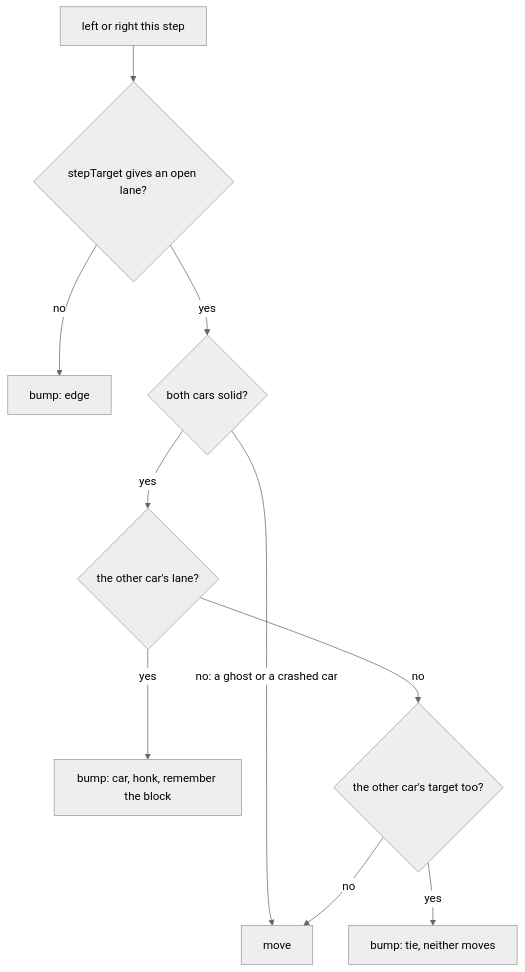
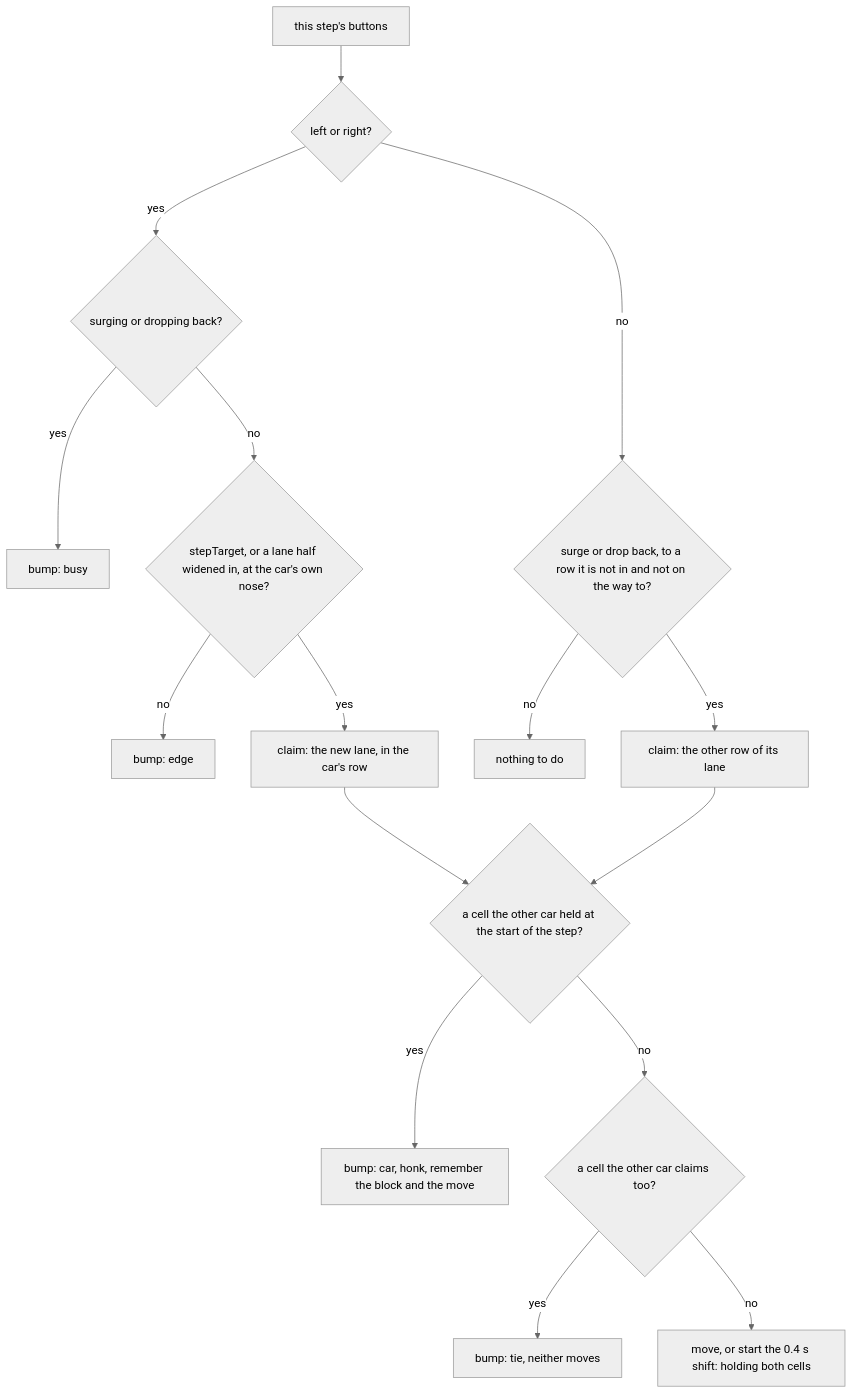
One commit to agunawijaya/NeoArcade changed the sixth of 8 diagrams in ports/donkey-dash/docs/ARCHITECTURE.md. Above: the diagram before and after it, drawn with Mermaid (neutral theme). The commit also changed other lines of this file and 54 other files, not shown here.

````diff
--- a/ports/donkey-dash/docs/ARCHITECTURE.md
+++ b/ports/donkey-dash/docs/ARCHITECTURE.md
@@ -448,12 +464,18 @@
 ```mermaid
 flowchart TB
-  input["left or right this step"] --> target{"stepTarget gives an open lane?"}
+  input["this step's buttons"] --> kind{"left or right?"}
+  kind -- yes --> busy{"surging or dropping back?"}
+  busy -- yes --> bumpBusy["bump: busy"]
+  busy -- no --> target{"stepTarget, or a lane half widened in, at the car's own nose?"}
   target -- no --> edge["bump: edge"]
-  target -- yes --> solid{"both cars solid?"}
-  solid -- "no: a ghost or a crashed car" --> move["move"]
-  solid -- yes --> taken{"the other car's lane?"}
-  taken -- yes --> car["bump: car, honk, remember the block"]
-  taken -- no --> tie{"the other car's target too?"}
+  target -- yes --> laneCell["claim: the new lane, in the car's row"]
+  kind -- no --> shift{"surge or drop back, to a row it is not in and not on the way to?"}
+  shift -- no --> nothing["nothing to do"]
+  shift -- yes --> rowCell["claim: the other row of its lane"]
+  laneCell --> taken{"a cell the other car held at the start of the step?"}
+  rowCell --> taken
+  taken -- yes --> car["bump: car, honk, remember the block and the move"]
+  taken -- no --> tie{"a cell the other car claims too?"}
   tie -- yes --> neither["bump: tie, neither moves"]
-  tie -- no --> move
+  tie -- no --> move["move, or start the 0.4 s shift: holding both cells"]
 ```
````
